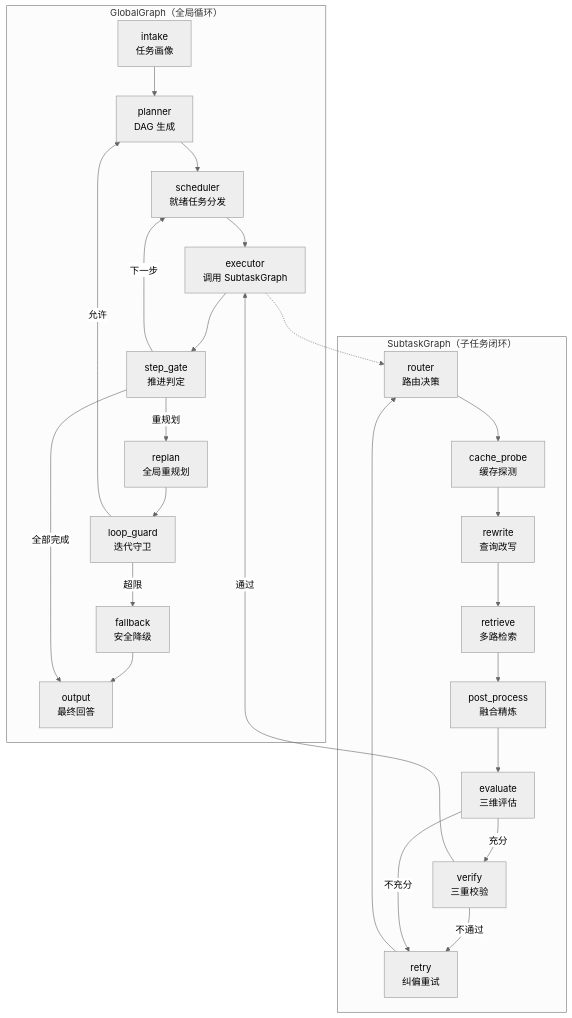
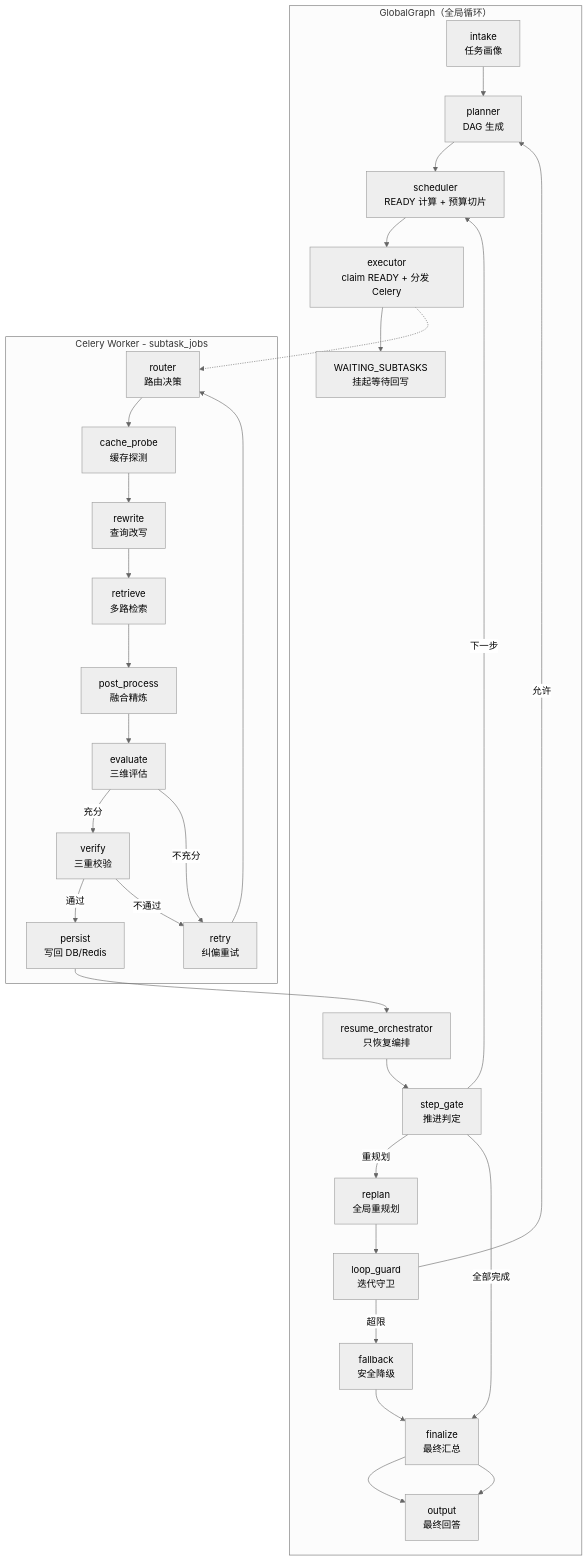
Before and after one commit to kkk935208447/learning_common_lib: the first of 6 diagrams in src/learning_common_lib/案例/用户AgenticRAG检索/技术拆解.md, drawn with Mermaid (neutral theme). The commit also changed other lines of this file and 3 other files, not shown here.

````diff
--- a/src/learning_common_lib/案例/用户AgenticRAG检索/技术拆解.md
+++ b/src/learning_common_lib/案例/用户AgenticRAG检索/技术拆解.md
@@ -52,40 +54,44 @@
 ```mermaid
 flowchart TB
     subgraph GlobalGraph["GlobalGraph（全局循环）"]
         intake["intake<br/>任务画像"]
         planner["planner<br/>DAG 生成"]
-        scheduler["scheduler<br/>就绪任务分发"]
-        executor["executor<br/>调用 SubtaskGraph"]
+        scheduler["scheduler<br/>READY 计算 + 预算切片"]
+        executor["executor<br/>claim READY + 分发 Celery"]
+        wait_subtasks["WAITING_SUBTASKS<br/>挂起等待回写"]
+        resume["resume_orchestrator<br/>只恢复编排"]
         step_gate["step_gate<br/>推进判定"]
         replan["replan<br/>全局重规划"]
         loop_guard["loop_guard<br/>迭代守卫"]
+        finalize["finalize<br/>最终汇总"]
         fallback["fallback<br/>安全降级"]
         output["output<br/>最终回答"]
     end
 
-    subgraph SubtaskGraph["SubtaskGraph（子任务闭环）"]
+    subgraph WorkerLane["Celery Worker - subtask_jobs"]
         router["router<br/>路由决策"]
         cache_probe["cache_probe<br/>缓存探测"]
         rewrite["rewrite<br/>查询改写"]
         retrieve["retrieve<br/>多路检索"]
         post_process["post_process<br/>融合精炼"]
         evaluate["evaluate<br/>三维评估"]
         verify["verify<br/>三重校验"]
         retry["retry<br/>纠偏重试"]
+        persist["persist<br/>写回 DB/Redis"]
     end
 
     intake --> planner --> scheduler --> executor
-    executor --> step_gate
+    executor --> wait_subtasks
     step_gate -- "下一步" --> scheduler
     step_gate -- "重规划" --> replan --> loop_guard
     loop_guard -- "允许" --> planner
-    loop_guard -- "超限" --> fallback --> output
-    step_gate -- "全部完成" --> output
+    loop_guard -- "超限" --> fallback --> finalize --> output
+    step_gate -- "全部完成" --> finalize --> output
 
     executor -.-> router
     router --> cache_probe --> rewrite --> retrieve --> post_process --> evaluate
     evaluate -- "充分" --> verify
-    verify -- "通过" --> executor
+    verify -- "通过" --> persist --> resume --> step_gate
     verify -- "不通过" --> retry --> router
     evaluate -- "不充分" --> retry
 ```
````
